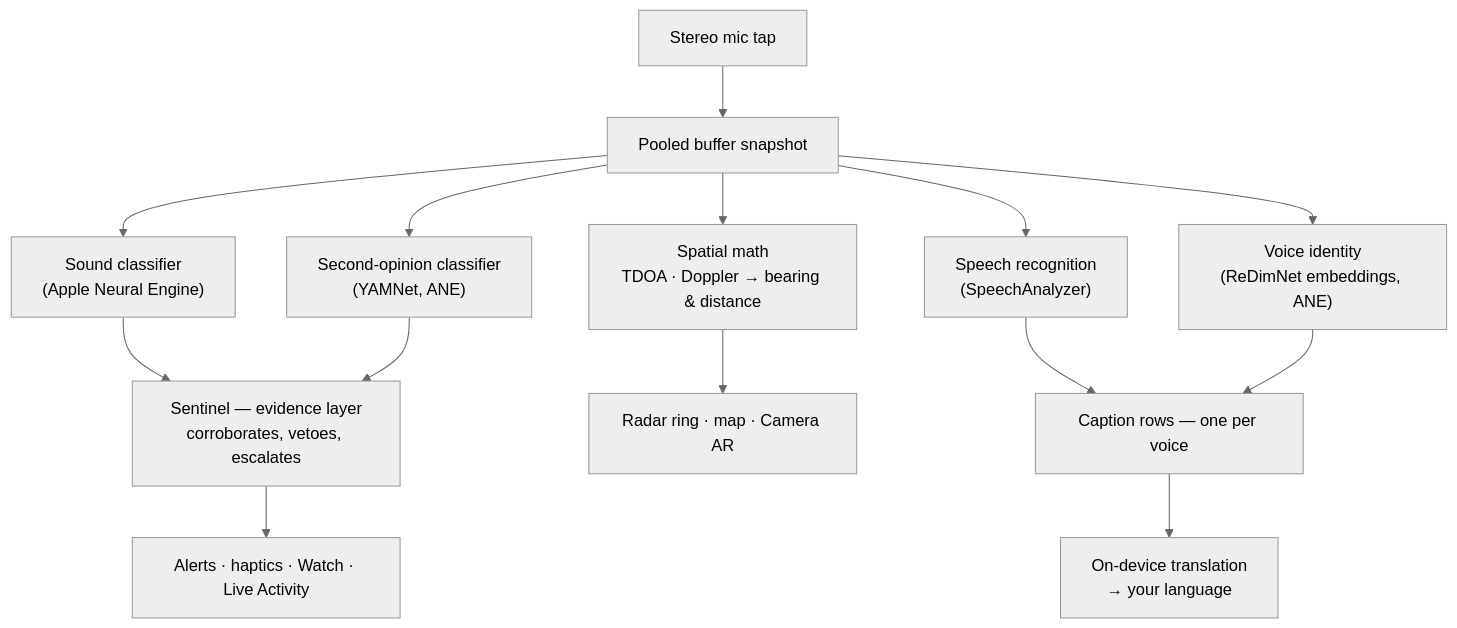
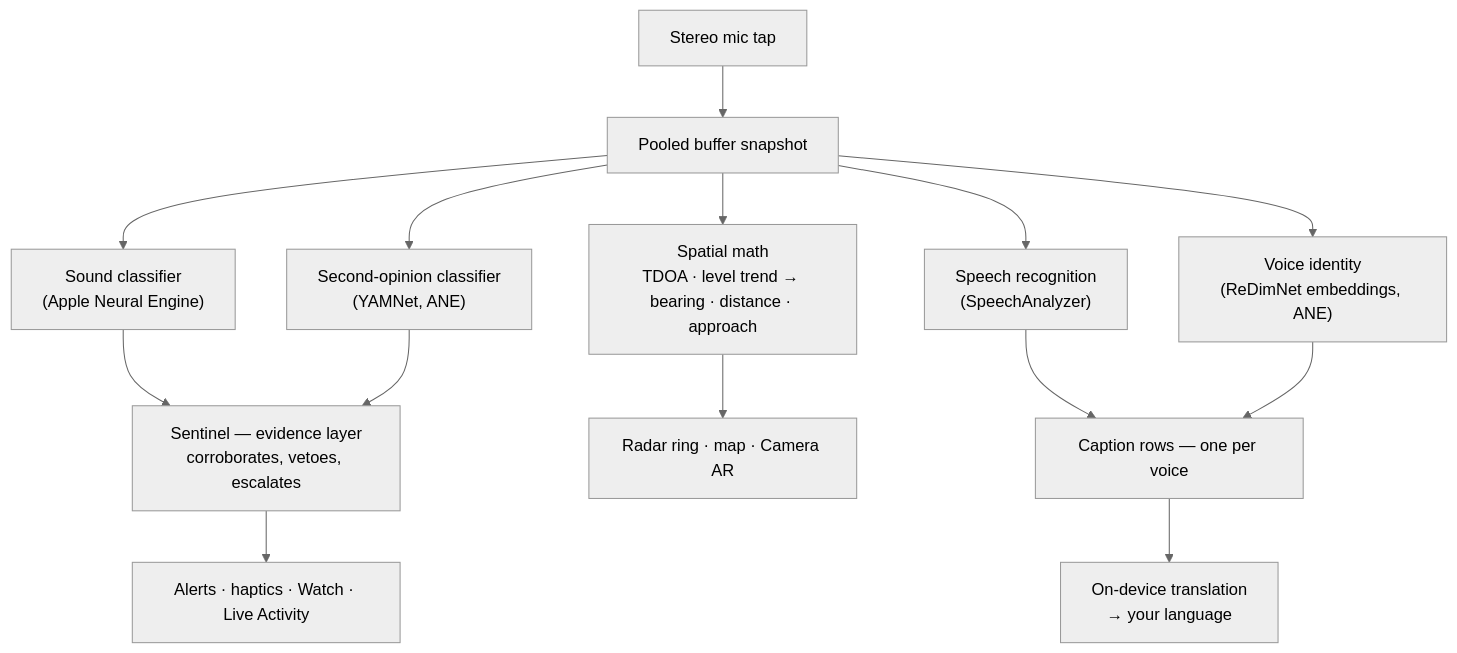
Before and after one commit to rpalm01-star/VigilantEarLegal: the second of 4 diagrams in README.md, drawn with Mermaid (neutral theme). The commit also changed other lines of this file and 1 other file, not shown here.

````diff
--- a/README.md
+++ b/README.md
@@ -117,16 +119,16 @@
 ```mermaid
 graph TD
     A["Stereo mic tap"] --> B["Pooled buffer snapshot"]
     B --> C["Sound classifier<br/>(Apple Neural Engine)"]
     B --> Y["Second-opinion classifier<br/>(YAMNet, ANE)"]
     C --> S["Sentinel — evidence layer<br/>corroborates, vetoes, escalates"]
     Y --> S
     S --> H["Alerts · haptics · Watch · Live Activity"]
-    B --> D["Spatial math<br/>TDOA · Doppler → bearing & distance"]
+    B --> D["Spatial math<br/>TDOA · level trend → bearing · distance · approach"]
     D --> R["Radar ring · map · Camera AR"]
     B --> F["Speech recognition<br/>(SpeechAnalyzer)"]
     B --> E["Voice identity<br/>(ReDimNet embeddings, ANE)"]
     F --> G["Caption rows — one per voice"]
     E --> G
     G --> T["On-device translation<br/>→ your language"]
 ```
````
